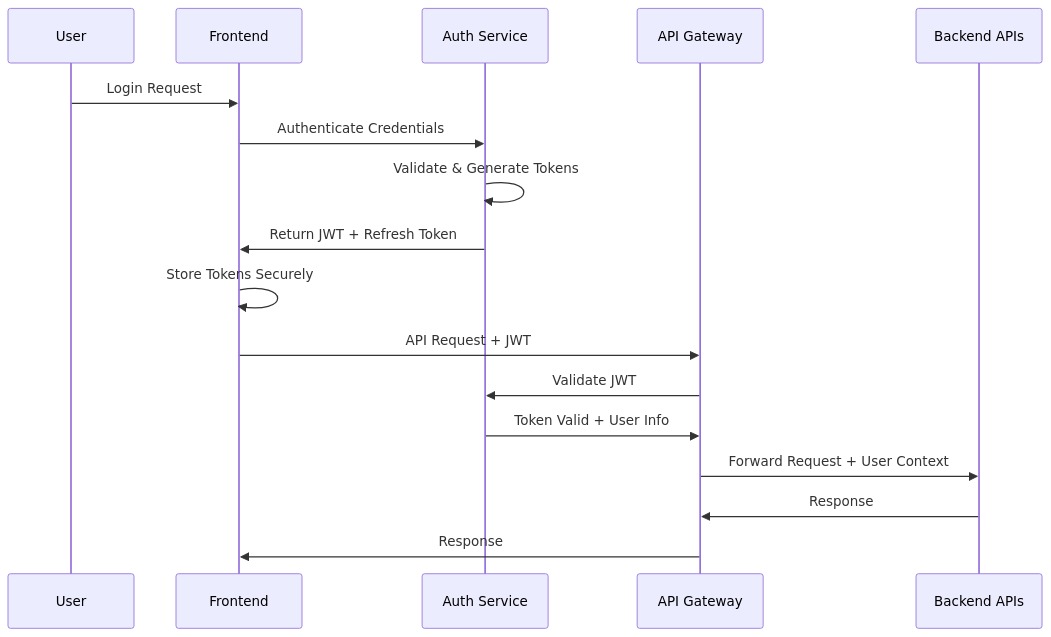
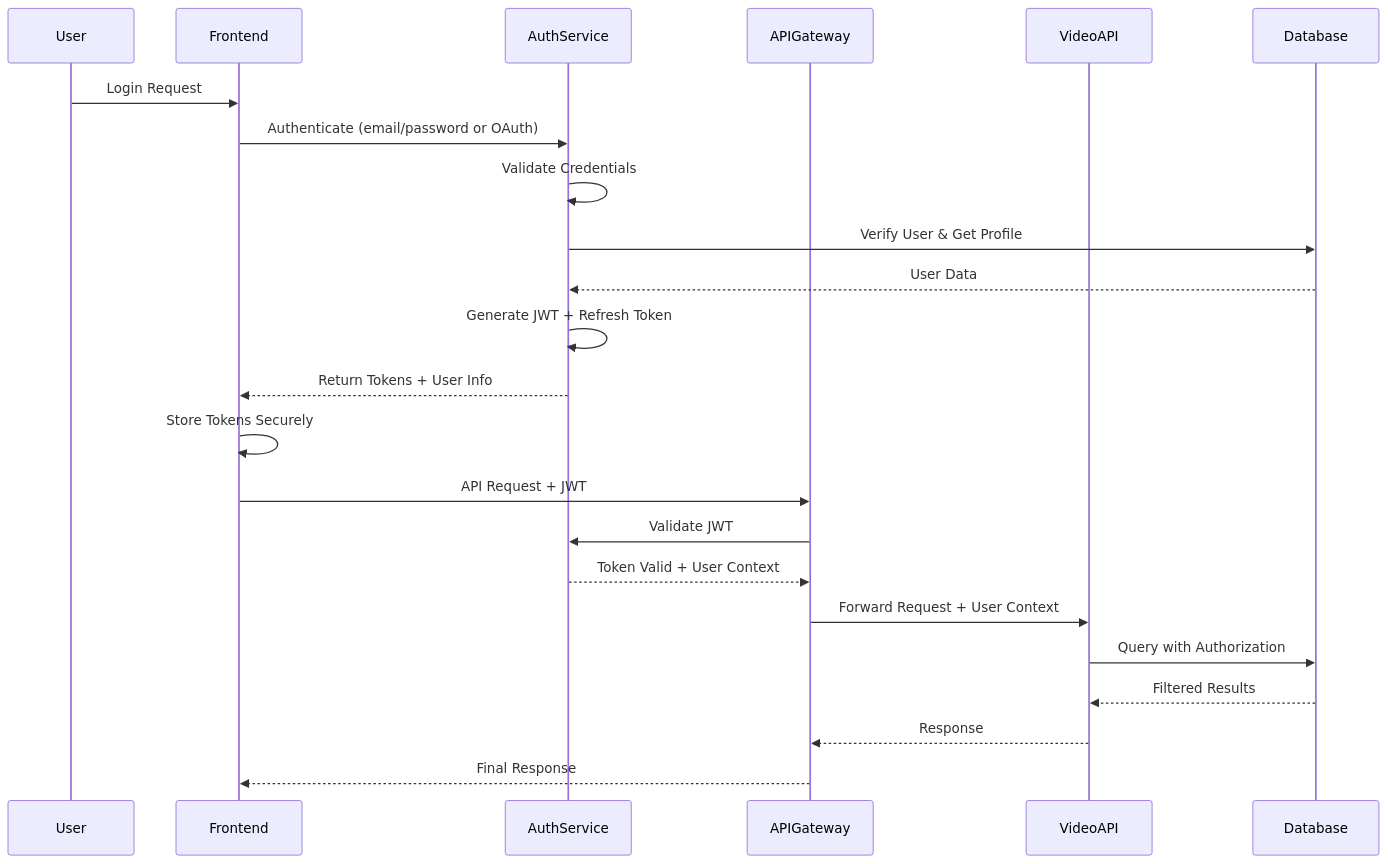
One commit to Al-Ummah-Now/AlUmmahNow changed the diagram in ARCHITECTURE.md. Above: the diagram before and after it, drawn with Mermaid. The commit also changed other lines of this file and 8 other files, not shown here.

Commit message:
Implement comprehensive roadmap, technical documentation, and GitHub issue templates

````diff
--- a/ARCHITECTURE.md
+++ b/ARCHITECTURE.md
@@ -430,21 +601,27 @@
 ```mermaid
 sequenceDiagram
     participant User
     participant Frontend
-    participant Auth Service
-    participant API Gateway
-    participant Backend APIs
+    participant AuthService
+    participant APIGateway
+    participant VideoAPI
+    participant Database
 
     User->>Frontend: Login Request
-    Frontend->>Auth Service: Authenticate Credentials
-    Auth Service->>Auth Service: Validate & Generate Tokens
-    Auth Service->>Frontend: Return JWT + Refresh Token
+    Frontend->>AuthService: Authenticate (email/password or OAuth)
+    AuthService->>AuthService: Validate Credentials
+    AuthService->>Database: Verify User & Get Profile
+    Database-->>AuthService: User Data
+    AuthService->>AuthService: Generate JWT + Refresh Token
+    AuthService-->>Frontend: Return Tokens + User Info
     Frontend->>Frontend: Store Tokens Securely
     
-    Frontend->>API Gateway: API Request + JWT
-    API Gateway->>Auth Service: Validate JWT
-    Auth Service->>API Gateway: Token Valid + User Info
-    API Gateway->>Backend APIs: Forward Request + User Context
-    Backend APIs->>API Gateway: Response
-    API Gateway->>Frontend: Response
+    Frontend->>APIGateway: API Request + JWT
+    APIGateway->>AuthService: Validate JWT
+    AuthService-->>APIGateway: Token Valid + User Context
+    APIGateway->>VideoAPI: Forward Request + User Context
+    VideoAPI->>Database: Query with Authorization
+    Database-->>VideoAPI: Filtered Results
+    VideoAPI-->>APIGateway: Response
+    APIGateway-->>Frontend: Final Response
 ```
````
